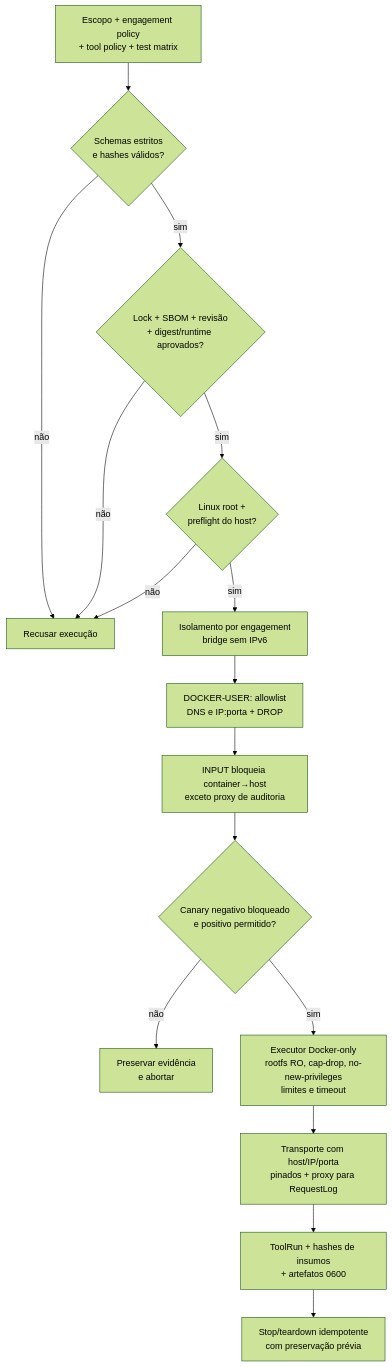
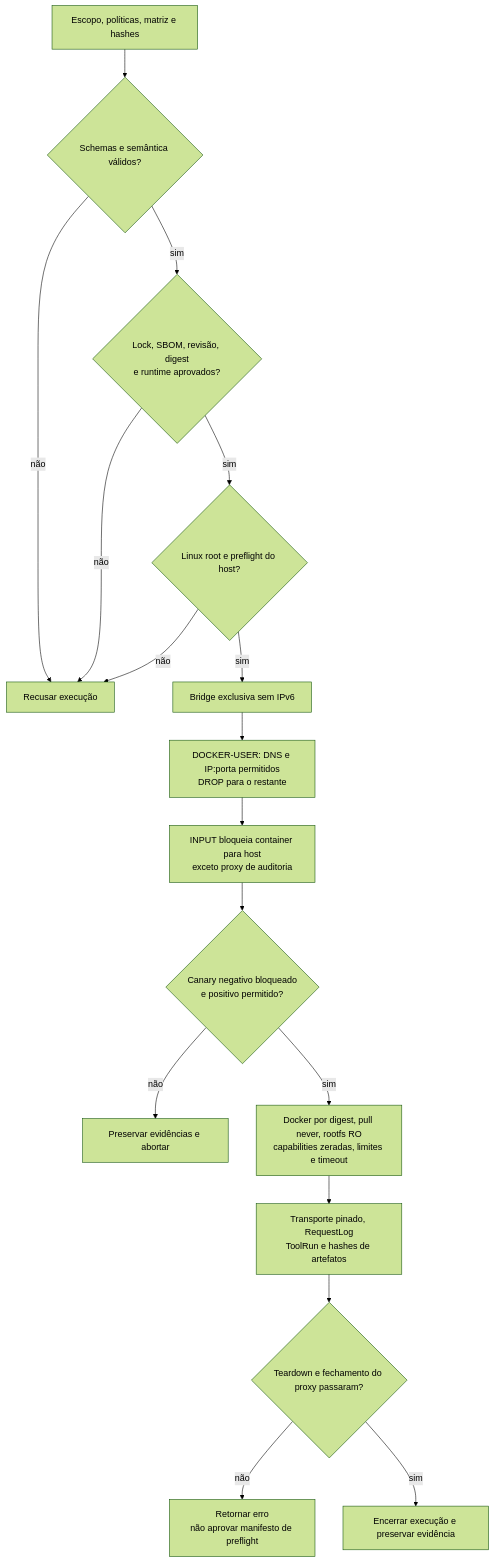
The third of 7 diagrams in docs/DIAGRAMAS_MERMAID.md (yurIdeLimaDev/empresa-security-flow), drawn with Mermaid (forest theme) before and after one commit. The commit also changed other lines of this file and 80 other files, not shown here.

````diff
--- a/docs/DIAGRAMAS_MERMAID.md
+++ b/docs/DIAGRAMAS_MERMAID.md
@@ -38,18 +75,19 @@
 ```mermaid
 flowchart TB
-    input[Escopo + engagement policy\n+ tool policy + test matrix] --> schemas{Schemas estritos\ne hashes válidos?}
-    schemas -- não --> deny[Recusar execução]
-    schemas -- sim --> supply{Lock + SBOM + revisão\n+ digest/runtime aprovados?}
+    input["Escopo, políticas, matriz e hashes"] --> valid{"Schemas e semântica válidos?"}
+    valid -- não --> deny["Recusar execução"]
+    valid -- sim --> supply{"Lock, SBOM, revisão, digest<br/>e runtime aprovados?"}
     supply -- não --> deny
-    supply -- sim --> host{Linux root +\npreflight do host?}
+    supply -- sim --> host{"Linux root e preflight do host?"}
     host -- não --> deny
-    host -- sim --> isolate[Isolamento por engagement\nbridge sem IPv6]
-    isolate --> firewall[DOCKER-USER: allowlist\nDNS e IP:porta + DROP]
-    firewall --> hostBlock[INPUT bloqueia container→host\nexceto proxy de auditoria]
-    hostBlock --> canaries{Canary negativo bloqueado\ne positivo permitido?}
-    canaries -- não --> preserve[Preservar evidência\ne abortar]
-    canaries -- sim --> executor[Executor Docker-only\nrootfs RO, cap-drop, no-new-privileges\nlimites e timeout]
-    executor --> transport[Transporte com host/IP/porta\npinados + proxy para RequestLog]
-    transport --> toolRun[ToolRun + hashes de insumos\n+ artefatos 0600]
-    toolRun --> teardown[Stop/teardown idempotente\ncom preservação prévia]
+    host -- sim --> isolate["Bridge exclusiva sem IPv6"]
+    isolate --> firewall["DOCKER-USER: DNS e IP:porta permitidos<br/>DROP para o restante"]
+    firewall --> inputblock["INPUT bloqueia container para host<br/>exceto proxy de auditoria"]
+    inputblock --> canary{"Canary negativo bloqueado<br/>e positivo permitido?"}
+    canary -- não --> abort["Preservar evidências e abortar"]
+    canary -- sim --> execute["Docker por digest, pull never, rootfs RO<br/>capabilities zeradas, limites e timeout"]
+    execute --> logs["Transporte pinado, RequestLog<br/>ToolRun e hashes de artefatos"]
+    logs --> cleanup{"Teardown e fechamento do proxy passaram?"}
+    cleanup -- não --> fail["Retornar erro<br/>não aprovar manifesto de preflight"]
+    cleanup -- sim --> endok["Encerrar execução e preservar evidência"]
 ```
````
